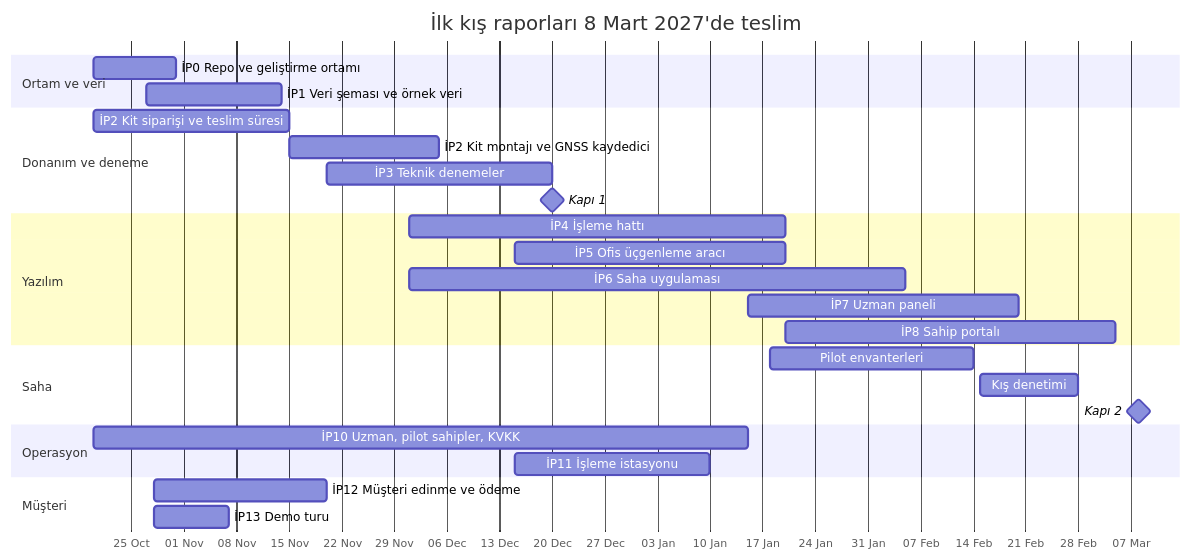
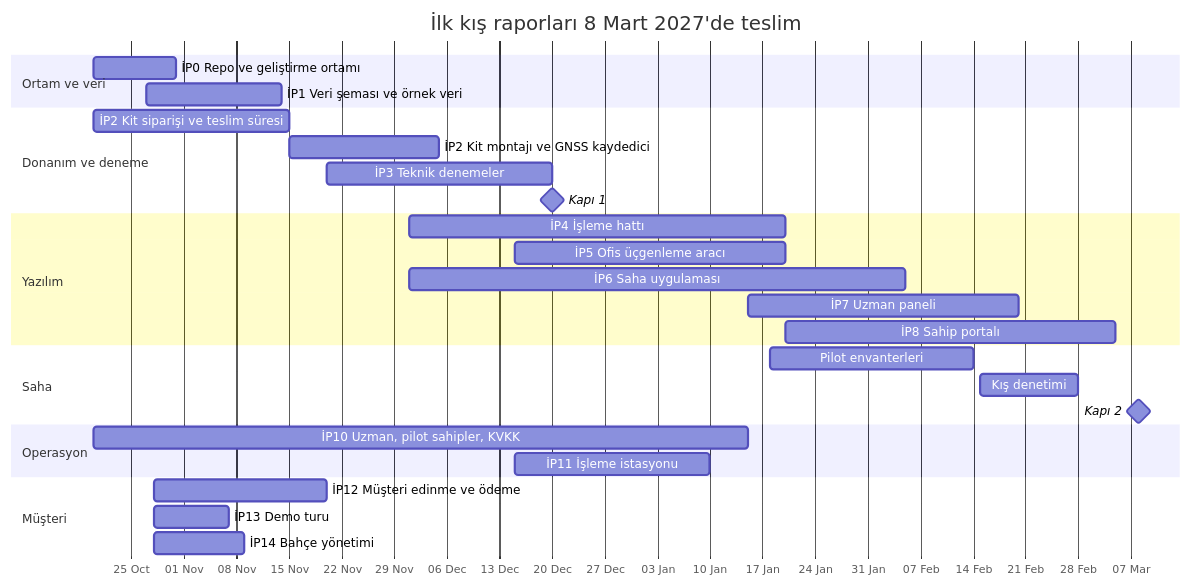
Before and after one commit to yusuftiryaki/orchadOS: the diagram in docs/plan.md, drawn with Mermaid. The commit also changed other lines of this file and 5 other files, not shown here.

````diff
--- a/docs/plan.md
+++ b/docs/plan.md
@@ -21,30 +21,31 @@
 ```mermaid
 gantt
     title İlk kış raporları 8 Mart 2027'de teslim
     dateFormat YYYY-MM-DD
     axisFormat %d %b
     section Ortam ve veri
     İP0 Repo ve geliştirme ortamı      :ip0, 2026-10-20, 2026-10-31
     İP1 Veri şeması ve örnek veri      :ip1, 2026-10-27, 2026-11-14
     section Donanım ve deneme
     İP2 Kit siparişi ve teslim süresi  :ip2a, 2026-10-20, 2026-11-15
     İP2 Kit montajı ve GNSS kaydedici  :ip2b, 2026-11-15, 2026-12-05
     İP3 Teknik denemeler               :ip3, 2026-11-20, 2026-12-20
     Kapı 1                             :milestone, k1, 2026-12-20, 0d
     section Yazılım
     İP4 İşleme hattı                   :ip4, 2026-12-01, 2027-01-20
     İP5 Ofis üçgenleme aracı           :ip5, 2026-12-15, 2027-01-20
     İP6 Saha uygulaması                :ip6, 2026-12-01, 2027-02-05
     İP7 Uzman paneli                   :ip7, 2027-01-15, 2027-02-20
     İP8 Sahip portalı                  :ip8, 2027-01-20, 2027-03-05
     section Saha
     Pilot envanterleri                 :env, 2027-01-18, 2027-02-14
     Kış denetimi                       :kis, 2027-02-15, 2027-02-28
     Kapı 2                             :milestone, k2, 2027-03-08, 0d
     section Operasyon
     İP10 Uzman, pilot sahipler, KVKK   :ip10, 2026-10-20, 2027-01-15
     İP11 İşleme istasyonu              :ip11, 2026-12-15, 2027-01-10
     section Müşteri
     İP12 Müşteri edinme ve ödeme       :ip12, 2026-10-28, 2026-11-20
     İP13 Demo turu                     :ip13, 2026-10-28, 2026-11-07
+    İP14 Bahçe yönetimi                :ip14, 2026-10-28, 2026-11-09
 ```
````
